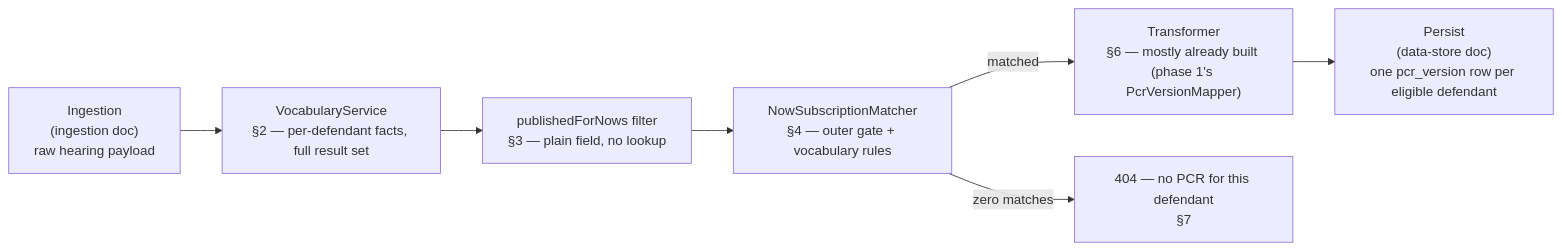
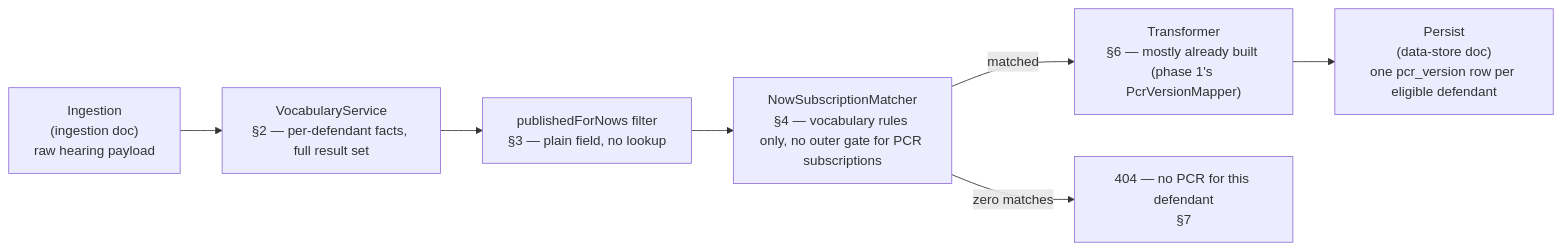
One commit to hmcts/service-cp-crime-results-pcr changed the diagram in docs/2026-07-22-pcr-orchestrator-design.md. Above: the diagram before and after it, drawn with Mermaid. The commit also changed other lines of this file and 1 other file, not shown here.

First line of the commit message:
docs: correct subscription-matcher outer gate, define ingestion's whole-hearing filters, narrow Service Bus dependency

````diff
--- a/docs/2026-07-22-pcr-orchestrator-design.md
+++ b/docs/2026-07-22-pcr-orchestrator-design.md
@@ -106,9 +106,9 @@
 ```mermaid
 flowchart LR
     Ingestion["Ingestion<br/>(ingestion doc)<br/>raw hearing payload"] --> Vocab["VocabularyService<br/>§2 — per-defendant facts, full result set"]
     Vocab --> Filter["publishedForNows filter<br/>§3 — plain field, no lookup"]
-    Filter --> Gate["NowSubscriptionMatcher<br/>§4 — outer gate + vocabulary rules"]
+    Filter --> Gate["NowSubscriptionMatcher<br/>§4 — vocabulary rules only, no outer gate for PCR subscriptions"]
     Gate -->|"matched"| Transform["Transformer<br/>§6 — mostly already built (phase 1's PcrVersionMapper)"]
     Gate -->|"zero matches"| NoPcr["404 — no PCR for this defendant<br/>§7"]
     Transform --> Persist["Persist<br/>(data-store doc)<br/>one pcr_version row per eligible defendant"]
 ```
````
